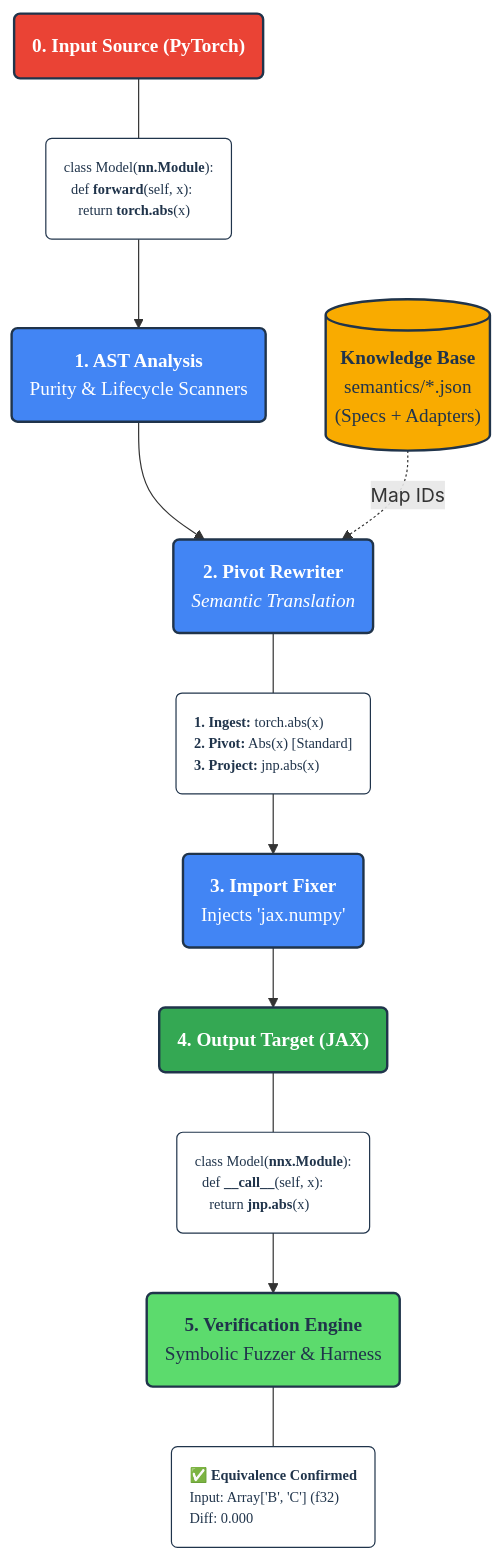
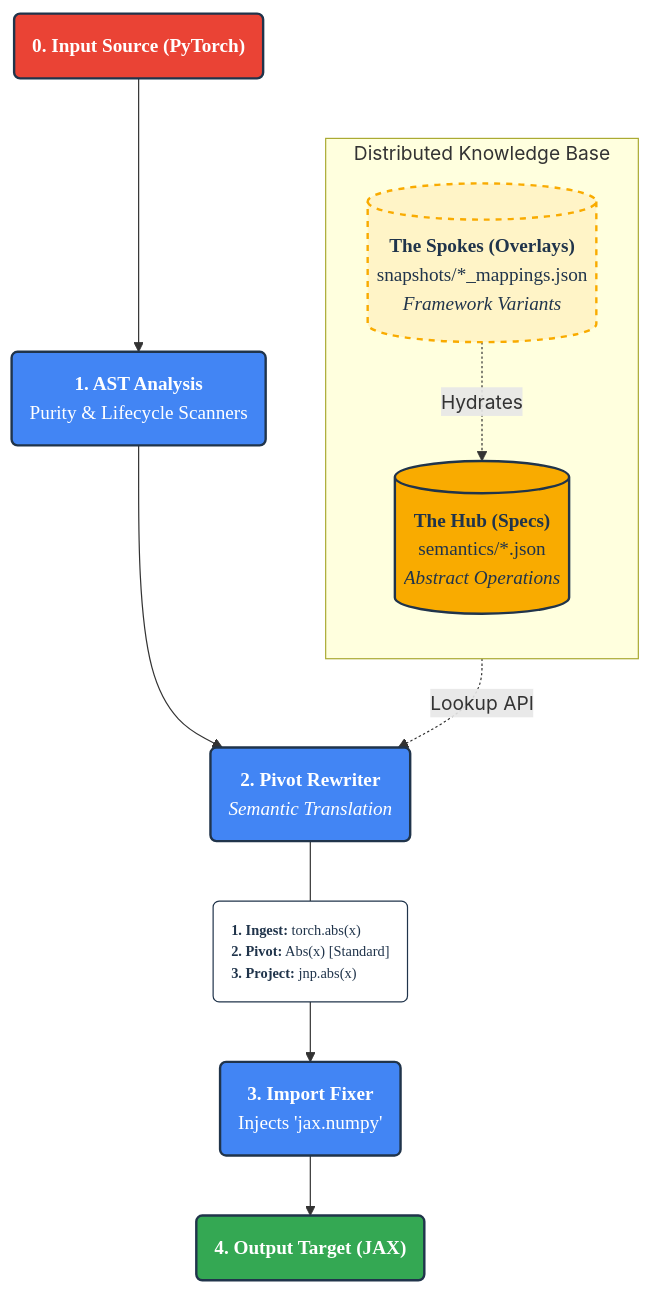
Before and after one commit to SamuelMarks/ml-switcheroo: the diagram in README.md, drawn with Mermaid. The commit also changed other lines of this file and 28 other files, not shown here.

````diff
--- a/README.md
+++ b/README.md
@@ -30,87 +24,41 @@
 graph TD
     %% =================================================================================
     %% THEME CONFIGURATION
-    %% Colors: Blue 500 (#4285f4), Green 500 (#34a853), Yellow 600 (#f9ab00), Red 500 (#ea4335)
-    %% Navy (#20344b), White (#ffffff)
+    %% Colors: Blue 500 (#4285f4), Green 500 (#34a853), Yellow 600 (#f9ab00), Red 500 (#ea4335) 
+    %% Navy (#20344b), White (#ffffff) 
     %% =================================================================================
-    classDef default font-family:'Google Sans Normal',color:#20344b,stroke:#20344b,stroke-width:1px;
-    
-    %% Input: Red 500
-    classDef source fill:#ea4335,stroke:#20344b,stroke-width:2px,color:#ffffff,font-family:'Google Sans Medium',rx:5px;
-    
-    %% Processing: Blue 500
-    classDef engine fill:#4285f4,stroke:#20344b,stroke-width:2px,color:#ffffff,font-family:'Google Sans Medium',rx:5px;
-    
-    %% Data/KB: Yellow 600
-    classDef kb fill:#f9ab00,stroke:#20344b,stroke-width:2px,color:#20344b,font-family:'Google Sans Medium',rx:5px;
-    
-    %% Output: Green 500
-    classDef target fill:#34a853,stroke:#20344b,stroke-width:2px,color:#ffffff,font-family:'Google Sans Medium',rx:5px;
-    
-    %% Extensions: Halftone Blue
-    classDef plugin fill:#57caff,stroke:#20344b,stroke-width:2px,color:#20344b,font-family:'Google Sans Medium',rx:5px;
-    
-    %% Verification: Halftone Green
-    classDef verify fill:#5cdb6d,stroke:#20344b,stroke-width:2px,color:#20344b,font-family:'Google Sans Medium',rx:5px;
+    classDef default font-family:'Google Sans Normal',color:#20344b,stroke:#20344b,stroke-width:1px; 
+    classDef source fill:#ea4335,stroke:#20344b,stroke-width:2px,color:#ffffff,font-family:'Google Sans Medium',rx:5px; 
+    classDef engine fill:#4285f4,stroke:#20344b,stroke-width:2px,color:#ffffff,font-family:'Google Sans Medium',rx:5px; 
+    classDef hub fill:#f9ab00,stroke:#20344b,stroke-width:2px,color:#20344b,font-family:'Google Sans Medium',rx:5px; 
+    classDef spoke fill:#fff4c7,stroke:#f9ab00,stroke-width:2px,stroke-dasharray: 5 5,color:#20344b,font-family:'Google Sans Medium',rx:5px; 
+    classDef target fill:#34a853,stroke:#20344b,stroke-width:2px,color:#ffffff,font-family:'Google Sans Medium',rx:5px; 
+    classDef codeBlock fill:#ffffff,stroke:#20344b,stroke-width:1px,font-family:'Roboto Mono Normal',text-align:left,font-size:12px; 
 
-    %% Code Blocks: White with Monospace
-    classDef codeBlock fill:#ffffff,stroke:#20344b,stroke-width:1px,font-family:'Roboto Mono Normal',text-align:left,font-size:12px;
-
-    %% =================================================================================
-    %% 0. INPUT PHASE
-    %% =================================================================================
     SRC_HEADER("<b>0. Input Source (PyTorch)</b>"):::source
-    SRC_CODE("class Model(<b>nn.Module</b>):<br/>&nbsp;&nbsp;def <b>forward</b>(self, x):<br/>&nbsp;&nbsp;&nbsp;&nbsp;return <b>torch.abs</b>(x)"):::codeBlock
-    
-    SRC_HEADER --- SRC_CODE
-    SRC_CODE --> PARSER
-
-    %% =================================================================================
-    %% 1. ANALYSIS PHASE
-    %% =================================================================================
     PARSER("<b>1. AST Analysis</b><br/>Purity & Lifecycle Scanners"):::engine
     
+    SRC_HEADER --> PARSER
+
+    %% --- THE HUB AND SPOKE KNOWLEDGE BASE ---
+    subgraph KB [Distributed Knowledge Base]
+        direction TB
+        SPECS[("<b>The Hub (Specs)</b><br/>semantics/*.json<br/><i>Abstract Operations</i>")]:::hub
+        MAPS[("<b>The Spokes (Overlays)</b><br/>snapshots/*_mappings.json<br/><i>Framework Variants</i>")]:::spoke
+        
+        MAPS -.->|" Hydrates "| SPECS
+    end
+    
+    REWRITER("<b>2. Pivot Rewriter</b><br/><i>Semantic Translation</i>"):::engine
+    KB -.->|" Lookup API "| REWRITER
     PARSER --> REWRITER
 
-    %% =================================================================================
-    %% 2. REWRITE PHASE (The Hub)
-    %% =================================================================================
-    
-    %% Knowledge Base Side-Car
-    KB[("<b>Knowledge Base</b><br/>semantics/*.json<br/>(Specs + Adapters)")]:::kb
-    
-    REWRITER("<b>2. Pivot Rewriter</b><br/><i>Semantic Translation</i>"):::engine
-    
-    KB -.->|" Map IDs "| REWRITER
-    
-    %% Logic Visualization inside Rewriter
     PIVOT_LOGIC("<b>1. Ingest:</b> torch.abs(x)<br/><b>2. Pivot:</b> Abs(x) [Standard]<br/><b>3. Project:</b> jnp.abs(x)"):::codeBlock
     REWRITER --- PIVOT_LOGIC
     
+    FIXER("<b>3. Import Fixer</b><br/>Injects 'jax.numpy'"):::engine
     PIVOT_LOGIC --> FIXER
 
-    %% =================================================================================
-    %% 3. REFINEMENT
-    %% =================================================================================
-    FIXER("<b>3. Import Fixer</b><br/>Injects 'jax.numpy'"):::engine
-    
+    TGT_HEADER("<b>4. Output Target (JAX)</b>"):::target
     FIXER --> TGT_HEADER
-
-    %% =================================================================================
-    %% 4. OUTPUT PHASE
-    %% =================================================================================
-    TGT_HEADER("<b>4. Output Target (JAX)</b>"):::target
-    TGT_CODE("class Model(<b>nnx.Module</b>):<br/>&nbsp;&nbsp;def <b>__call__</b>(self, x):<br/>&nbsp;&nbsp;&nbsp;&nbsp;return <b>jnp.abs</b>(x)"):::codeBlock
-    
-    TGT_HEADER --- TGT_CODE
-    TGT_CODE --> VERIFY
-
-    %% =================================================================================
-    %% 5. VERIFICATION LOOP
-    %% =================================================================================
-    VERIFY("<b>5. Verification Engine</b><br/>Symbolic Fuzzer & Harness"):::verify
-    
-    RESULT("<b>✅ Equivalence Confirmed</b><br/>Input: Array['B', 'C'] (f32)<br/>Diff: 0.000"):::codeBlock
-    
-    VERIFY --- RESULT
 ```
````
